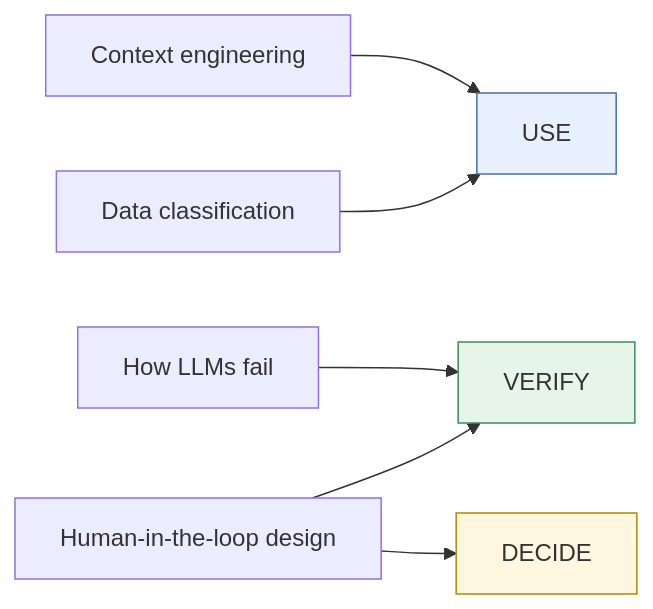
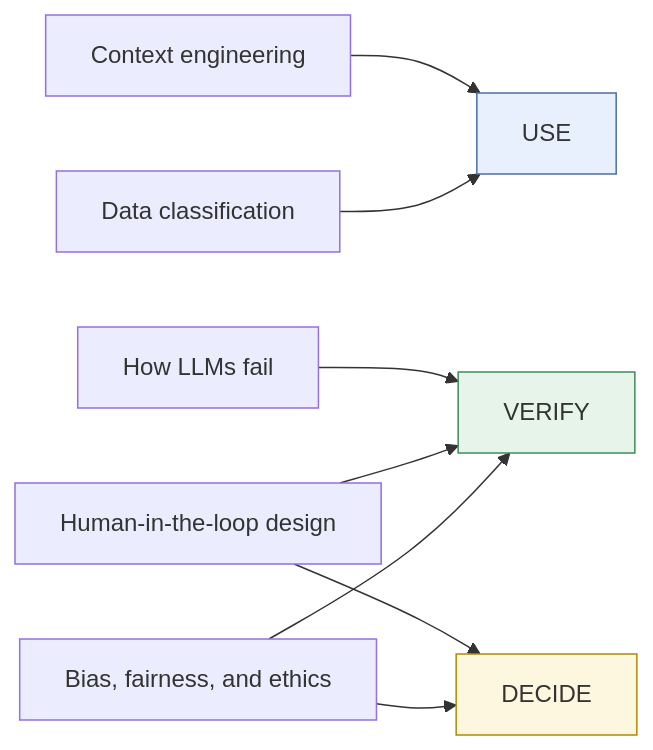
One commit to clarkngo/applied-ai-field-guide changed the diagram in docs/foundations/index.md. Above: the diagram before and after it, drawn with Mermaid. The commit also changed other lines of this file and 4 other files, not shown here.

First line of the commit message:
Write remaining Foundations pages and add bias and ethics

````diff
--- a/docs/foundations/index.md
+++ b/docs/foundations/index.md
@@ -15,14 +15,16 @@
 ```mermaid
 flowchart LR
   CE["Context engineering"] --> U["USE"]
   DC["Data classification"] --> U
   LF["How LLMs fail"] --> V["VERIFY"]
   HL["Human-in-the-loop design"] --> V
   HL --> D["DECIDE"]
+  BE["Bias, fairness, and ethics"] --> V
+  BE --> D
   classDef use fill:#e8f0fe,stroke:#4a6fa5;
   classDef verify fill:#e6f4ea,stroke:#3c8c5a;
   classDef dd fill:#fef7e0,stroke:#b08900;
   class U use;
   class V verify;
   class D dd;
 ```
````
